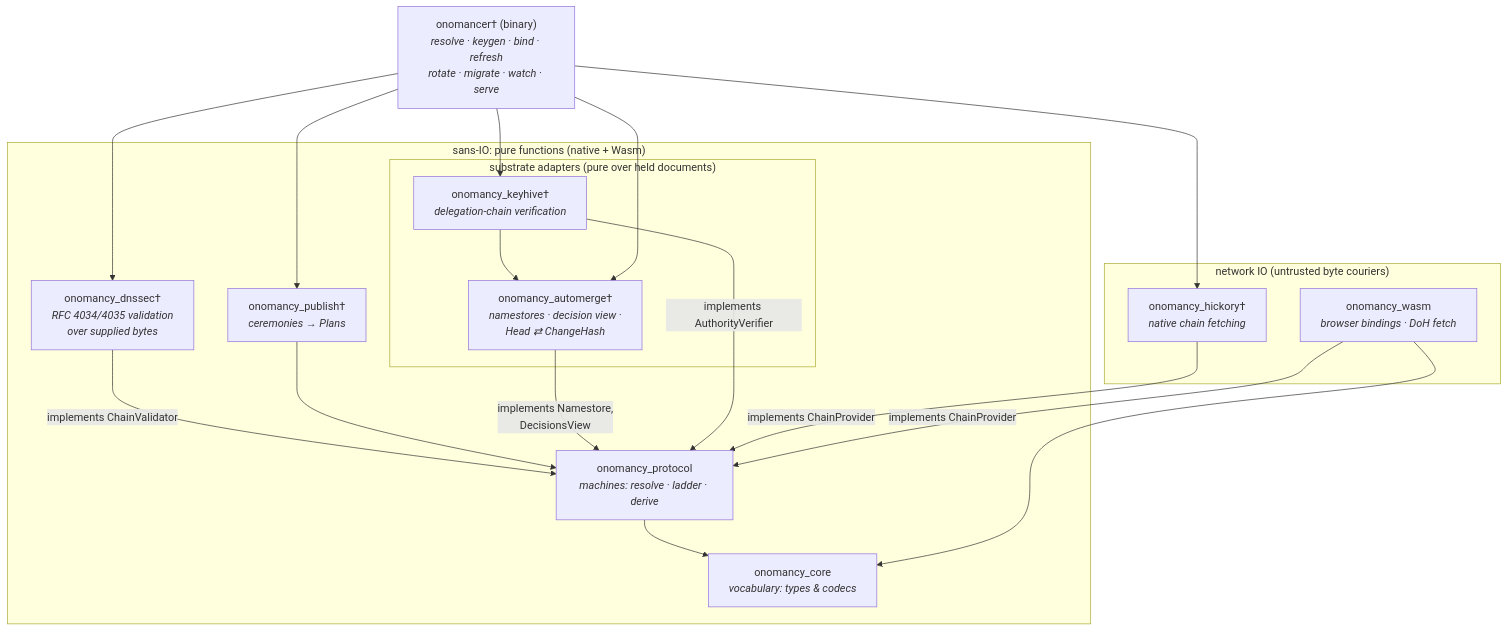
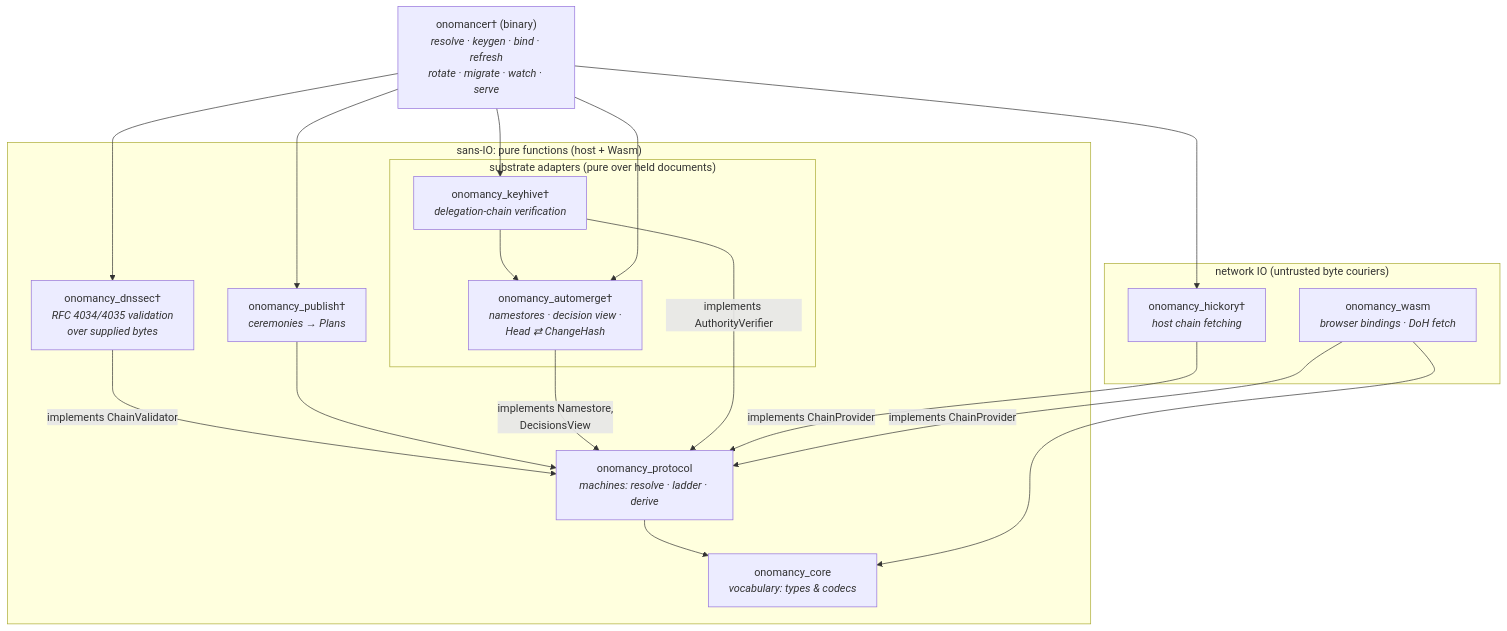
One commit to inkandswitch/onomancy changed the diagram in README.md. Above: the diagram before and after it, drawn with Mermaid. The commit also changed 22 other files, not shown here.

````diff
--- a/README.md
+++ b/README.md
@@ -38,36 +38,36 @@
 ```mermaid
 graph TD
-    subgraph pure ["sans-IO: pure functions (native + Wasm)"]
+    subgraph pure ["sans-IO: pure functions (host + Wasm)"]
         core["onomancy_core<br/><i>vocabulary: types & codecs</i>"]
         proto["onomancy_protocol<br/><i>machines: resolve · ladder · derive</i>"]
         dnssec["onomancy_dnssec†<br/><i>RFC 4034/4035 validation<br/>over supplied bytes</i>"]
         publish["onomancy_publish†<br/><i>ceremonies → Plans</i>"]
 
         subgraph adapters ["substrate adapters (pure over held documents)"]
             automerge["onomancy_automerge†<br/><i>namestores · decision view ·<br/>Head ⇄ ChangeHash</i>"]
             keyhive["onomancy_keyhive†<br/><i>delegation-chain verification</i>"]
         end
     end
 
     subgraph network ["network IO (untrusted byte couriers)"]
-        hickory["onomancy_hickory†<br/><i>native chain fetching</i>"]
+        hickory["onomancy_hickory†<br/><i>host chain fetching</i>"]
         wasm["onomancy_wasm<br/><i>browser bindings · DoH fetch</i>"]
     end
 
     onomancer["onomancer† (binary)<br/><i>resolve · keygen · bind · refresh<br/>rotate · migrate · watch · serve</i>"]
 
     proto --> core
     dnssec -- "implements ChainValidator" --> proto
     publish --> proto
     automerge -- "implements Namestore,<br/>DecisionsView" --> proto
     keyhive -- "implements AuthorityVerifier" --> proto
     keyhive --> automerge
     hickory -- "implements ChainProvider" --> proto
     wasm --> core
     wasm -- "implements ChainProvider" --> proto
     onomancer --> publish
     onomancer --> dnssec
     onomancer --> hickory
     onomancer --> automerge
     onomancer --> keyhive
 ```
````
